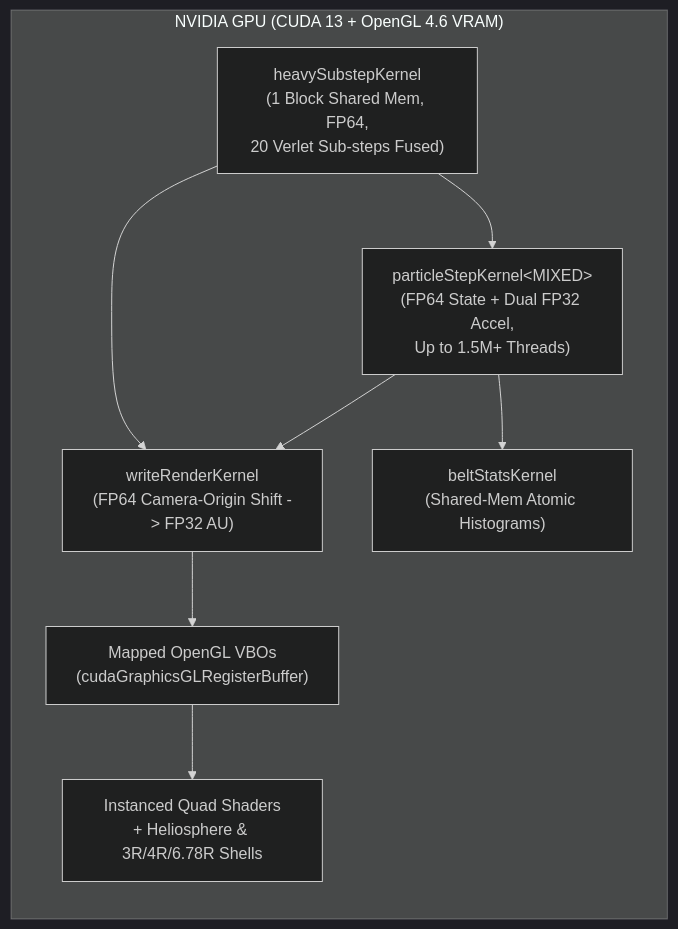
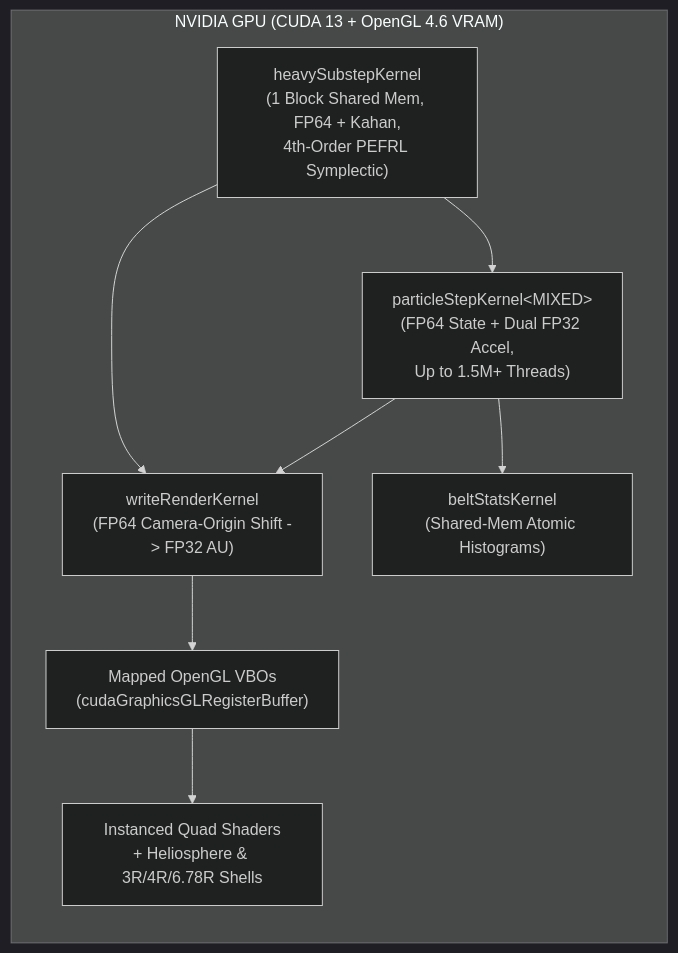
Before and after one commit to LoopBreacher/substrate_3d_n-body_sim: the diagram in README.md, drawn with Mermaid (dark theme). The commit also changed other lines of this file and 3 other files, not shown here.

First line of the commit message:
Integrated every frame on the GPU via 4th-order Omelyan PEFRL symplectic composition with Kahan–Babuška–Neumaier compensated summation

````diff
--- a/README.md
+++ b/README.md
@@ -284,17 +284,17 @@
 ```mermaid
 flowchart LR
     subgraph GPU["NVIDIA GPU (CUDA 13 + OpenGL 4.6 VRAM)"]
-        H["heavySubstepKernel<br/>(1 Block Shared Mem, FP64,<br/>20 Verlet Sub-steps Fused)"]
+        H["heavySubstepKernel<br/>(1 Block Shared Mem, FP64 + Kahan,<br/>4th-Order PEFRL Symplectic)"]
         P["particleStepKernel&lt;MIXED&gt;<br/>(FP64 State + Dual FP32 Accel,<br/>Up to 1.5M+ Threads)"]
         W["writeRenderKernel<br/>(FP64 Camera-Origin Shift -> FP32 AU)"]
         VBO["Mapped OpenGL VBOs<br/>(cudaGraphicsGLRegisterBuffer)"]
         R["Instanced Quad Shaders<br/>+ Heliosphere &amp; 3R/4R/6.78R Shells"]
         B["beltStatsKernel<br/>(Shared-Mem Atomic Histograms)"]
     end
 
     H --> P
     H --> W
     P --> W
     W --> VBO --> R
     P --> B
 ```
````
